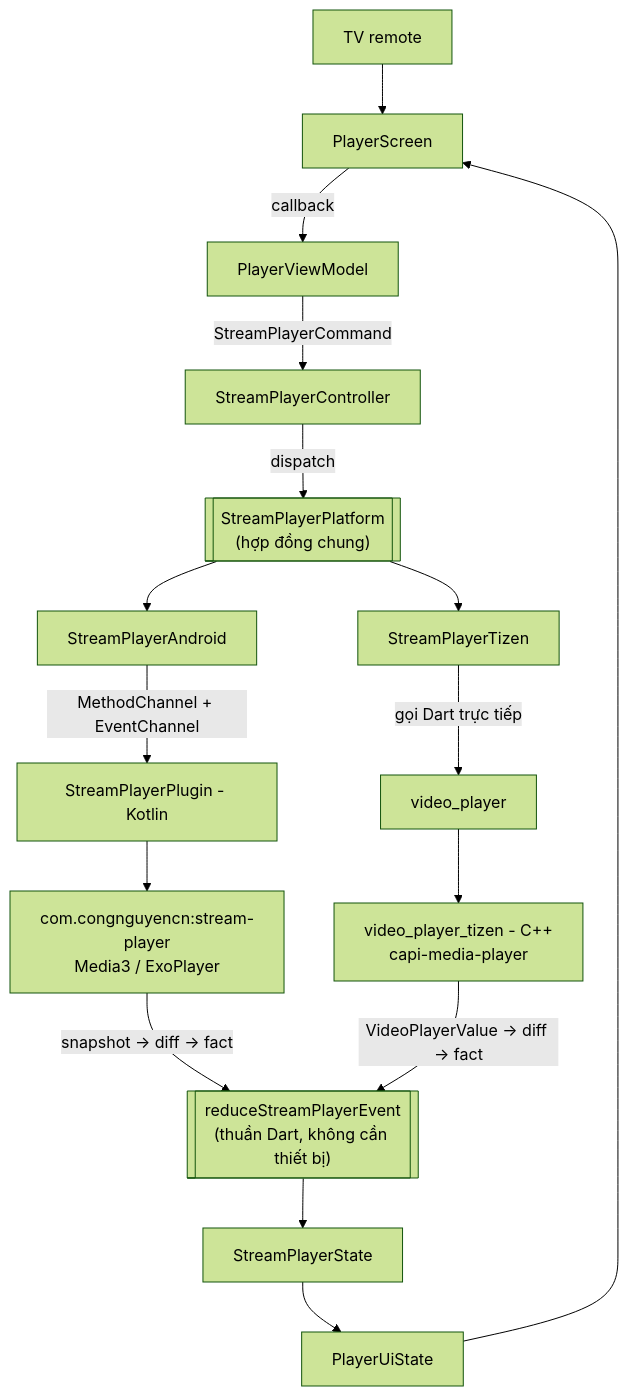
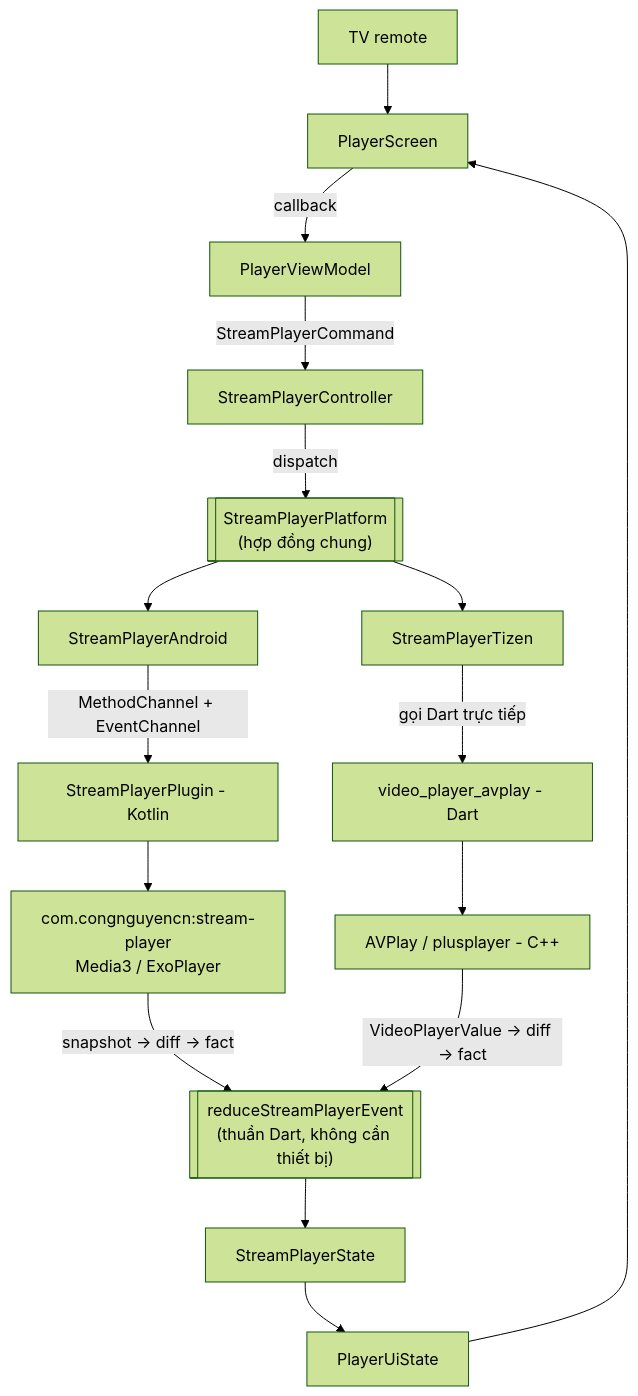
The first of 2 diagrams in doc_architechture/native_player_bridge.md (congnguyen1124/flutter-steam-tv), drawn with Mermaid (forest theme) before and after one commit. The commit also changed other lines of this file and 5 other files, not shown here.

````diff
--- a/doc_architechture/native_player_bridge.md
+++ b/doc_architechture/native_player_bridge.md
@@ -13,22 +13,22 @@
 ```mermaid
 flowchart TD
     Remote[TV remote] --> Screen[PlayerScreen]
     Screen -->|callback| VM[PlayerViewModel]
     VM -->|"StreamPlayerCommand"| Ctrl[StreamPlayerController]
     Ctrl -->|"dispatch"| Seam[["StreamPlayerPlatform<br/>(hợp đồng chung)"]]
 
     Seam --> Android[StreamPlayerAndroid]
     Seam --> Tizen[StreamPlayerTizen]
 
     Android -->|"MethodChannel + EventChannel"| Kotlin[StreamPlayerPlugin - Kotlin]
     Kotlin --> Engine["com.congnguyencn:stream-player<br/>Media3 / ExoPlayer"]
 
-    Tizen -->|"gọi Dart trực tiếp"| VP[video_player]
-    VP --> TizenNative["video_player_tizen - C++<br/>capi-media-player"]
+    Tizen -->|"gọi Dart trực tiếp"| VP["video_player_avplay - Dart"]
+    VP --> TizenNative["AVPlay / plusplayer - C++"]
 
     Engine -->|"snapshot → diff → fact"| Reducer
     TizenNative -->|"VideoPlayerValue → diff → fact"| Reducer
     Reducer[["reduceStreamPlayerEvent<br/>(thuần Dart, không cần thiết bị)"]] --> State["StreamPlayerState"]
     State --> UiState[PlayerUiState]
     UiState --> Screen
 ```
````
